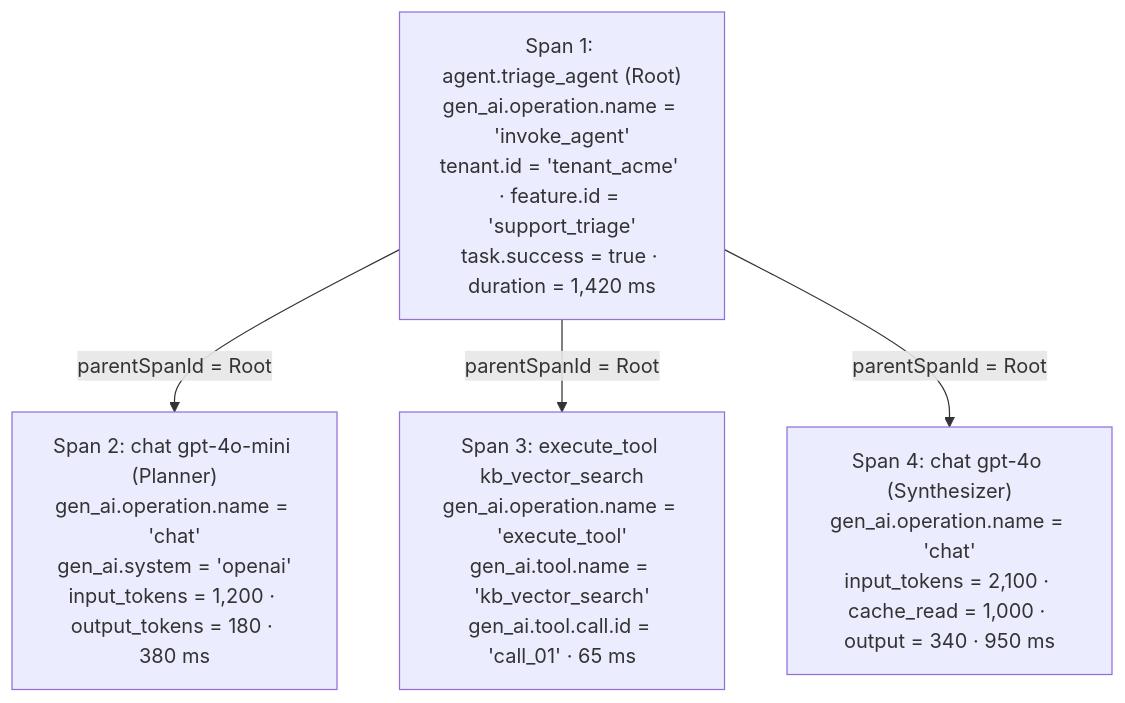
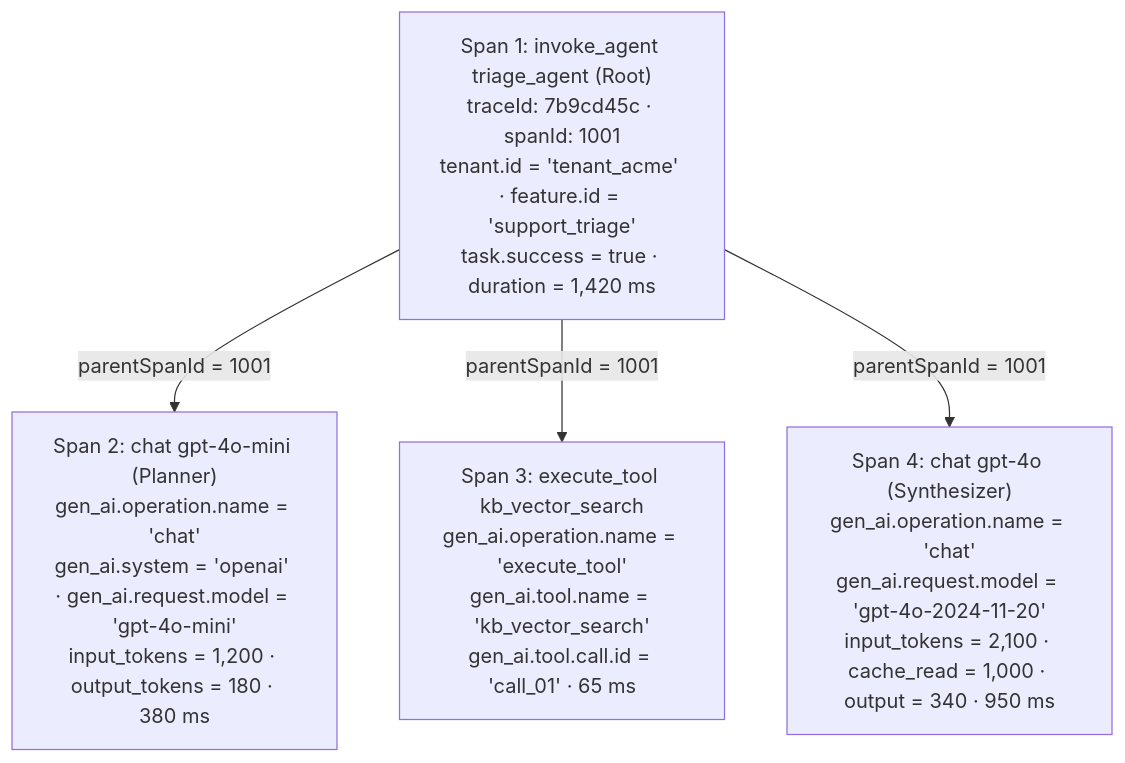
One commit to Amie-dev/FDE-and-GenAI-Mastery changed the second of 2 diagrams in Lecture 43 - AI Observability OTel and FOCUS FinOps/notes/01_OpenTelemetry_GenAI_Semantic_Conventions.md. Above: the diagram before and after it, drawn with Mermaid. The commit also changed other lines of this file and 92 other files, not shown here.

````diff
--- a/Lecture 43 - AI Observability OTel and FOCUS FinOps/notes/01_OpenTelemetry_GenAI_Semantic_Conventions.md
+++ b/Lecture 43 - AI Observability OTel and FOCUS FinOps/notes/01_OpenTelemetry_GenAI_Semantic_Conventions.md
@@ -29,7 +68,7 @@
 ```mermaid
 flowchart TD
-    Root["Span 1: agent.triage_agent (Root)<br/>gen_ai.operation.name = 'invoke_agent'<br/>tenant.id = 'tenant_acme' · feature.id = 'support_triage'<br/>task.success = true · duration = 1,420 ms"]
-    Root -->|"parentSpanId = Root"| M1["Span 2: chat gpt-4o-mini (Planner)<br/>gen_ai.operation.name = 'chat'<br/>gen_ai.system = 'openai'<br/>input_tokens = 1,200 · output_tokens = 180 · 380 ms"]
-    Root -->|"parentSpanId = Root"| T1["Span 3: execute_tool kb_vector_search<br/>gen_ai.operation.name = 'execute_tool'<br/>gen_ai.tool.name = 'kb_vector_search'<br/>gen_ai.tool.call.id = 'call_01' · 65 ms"]
-    Root -->|"parentSpanId = Root"| M2["Span 4: chat gpt-4o (Synthesizer)<br/>gen_ai.operation.name = 'chat'<br/>input_tokens = 2,100 · cache_read = 1,000 · output = 340 · 950 ms"]
+    Root["Span 1: invoke_agent triage_agent (Root)<br/>traceId: 7b9cd45c · spanId: 1001<br/>tenant.id = 'tenant_acme' · feature.id = 'support_triage'<br/>task.success = true · duration = 1,420 ms"]
+    Root -->|"parentSpanId = 1001"| M1["Span 2: chat gpt-4o-mini (Planner)<br/>gen_ai.operation.name = 'chat'<br/>gen_ai.system = 'openai' · gen_ai.request.model = 'gpt-4o-mini'<br/>input_tokens = 1,200 · output_tokens = 180 · 380 ms"]
+    Root -->|"parentSpanId = 1001"| T1["Span 3: execute_tool kb_vector_search<br/>gen_ai.operation.name = 'execute_tool'<br/>gen_ai.tool.name = 'kb_vector_search'<br/>gen_ai.tool.call.id = 'call_01' · 65 ms"]
+    Root -->|"parentSpanId = 1001"| M2["Span 4: chat gpt-4o (Synthesizer)<br/>gen_ai.operation.name = 'chat'<br/>gen_ai.request.model = 'gpt-4o-2024-11-20'<br/>input_tokens = 2,100 · cache_read = 1,000 · output = 340 · 950 ms"]
 ```
````
